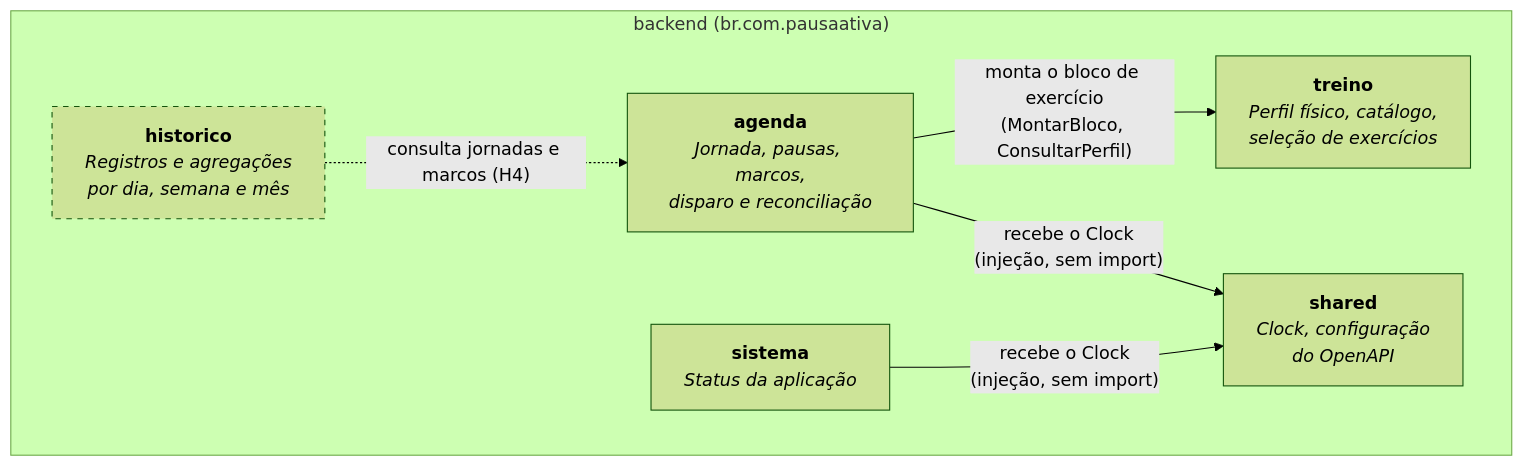
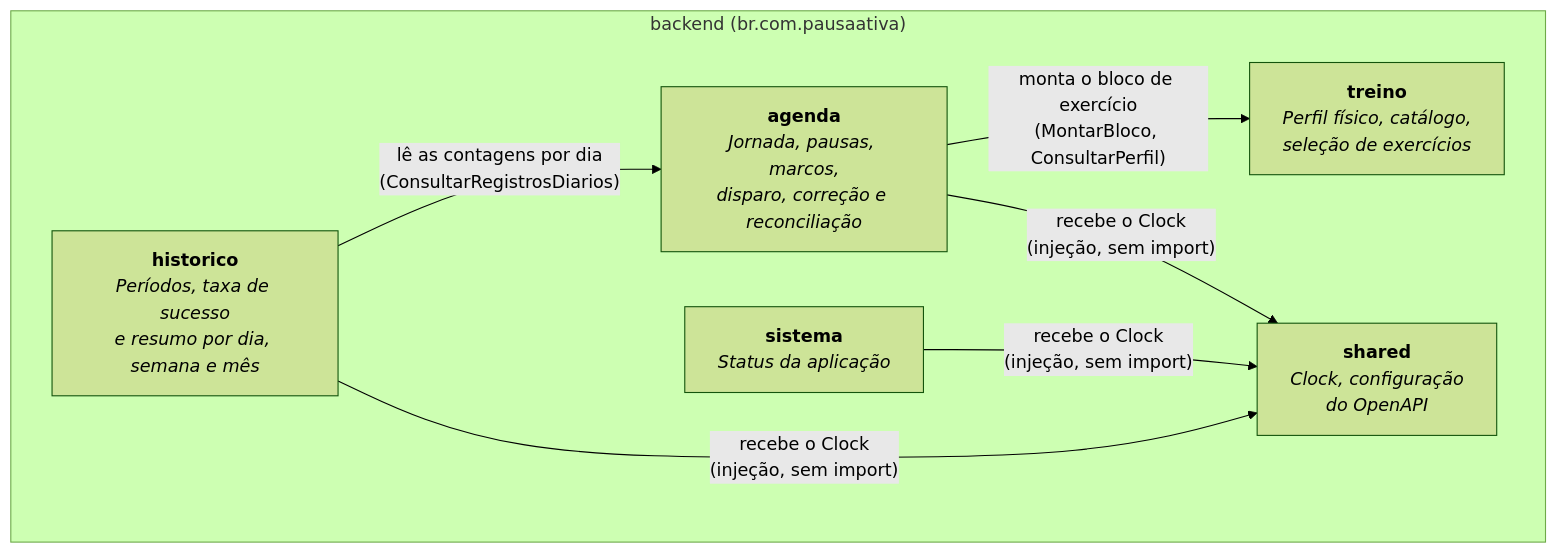
Before and after one commit to lincolnnaraujo/pausa-ativa: the first of 5 diagrams in docs/arquitetura/c4-3-componentes.md, drawn with Mermaid (forest theme). The commit also changed other lines of this file and 12 other files, not shown here.

````diff
--- a/docs/arquitetura/c4-3-componentes.md
+++ b/docs/arquitetura/c4-3-componentes.md
@@ -7,19 +7,17 @@
 ```mermaid
 flowchart LR
     subgraph backend["backend (br.com.pausaativa)"]
         direction LR
-        AG["<b>agenda</b><br/><i>Jornada, pausas, marcos,<br/>disparo e reconciliação</i>"]
+        AG["<b>agenda</b><br/><i>Jornada, pausas, marcos,<br/>disparo, correção e reconciliação</i>"]
         TR["<b>treino</b><br/><i>Perfil físico, catálogo,<br/>seleção de exercícios</i>"]
-        HI["<b>historico</b><br/><i>Registros e agregações<br/>por dia, semana e mês</i>"]
+        HI["<b>historico</b><br/><i>Períodos, taxa de sucesso<br/>e resumo por dia, semana e mês</i>"]
         SI["<b>sistema</b><br/><i>Status da aplicação</i>"]
         SH["<b>shared</b><br/><i>Clock, configuração<br/>do OpenAPI</i>"]
     end
 
     AG -->|"monta o bloco de exercício<br/>(MontarBloco, ConsultarPerfil)"| TR
-    HI -.->|"consulta jornadas e marcos (H4)"| AG
+    HI -->|"lê as contagens por dia<br/>(ConsultarRegistrosDiarios)"| AG
     SI -->|"recebe o Clock<br/>(injeção, sem import)"| SH
     AG -->|"recebe o Clock<br/>(injeção, sem import)"| SH
-
-    classDef vazio stroke-dasharray: 5 5
-    class HI vazio
+    HI -->|"recebe o Clock<br/>(injeção, sem import)"| SH
 ```
````
